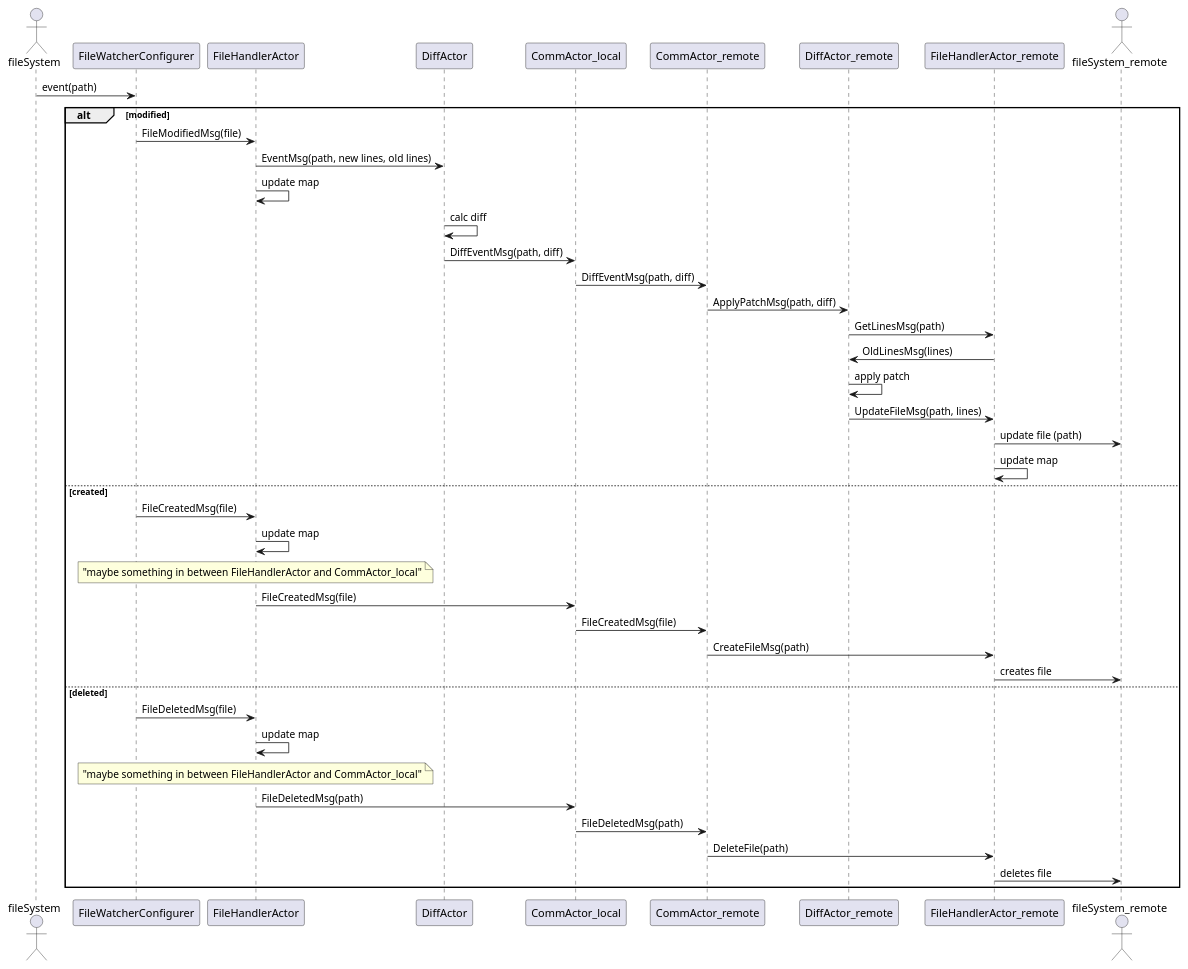
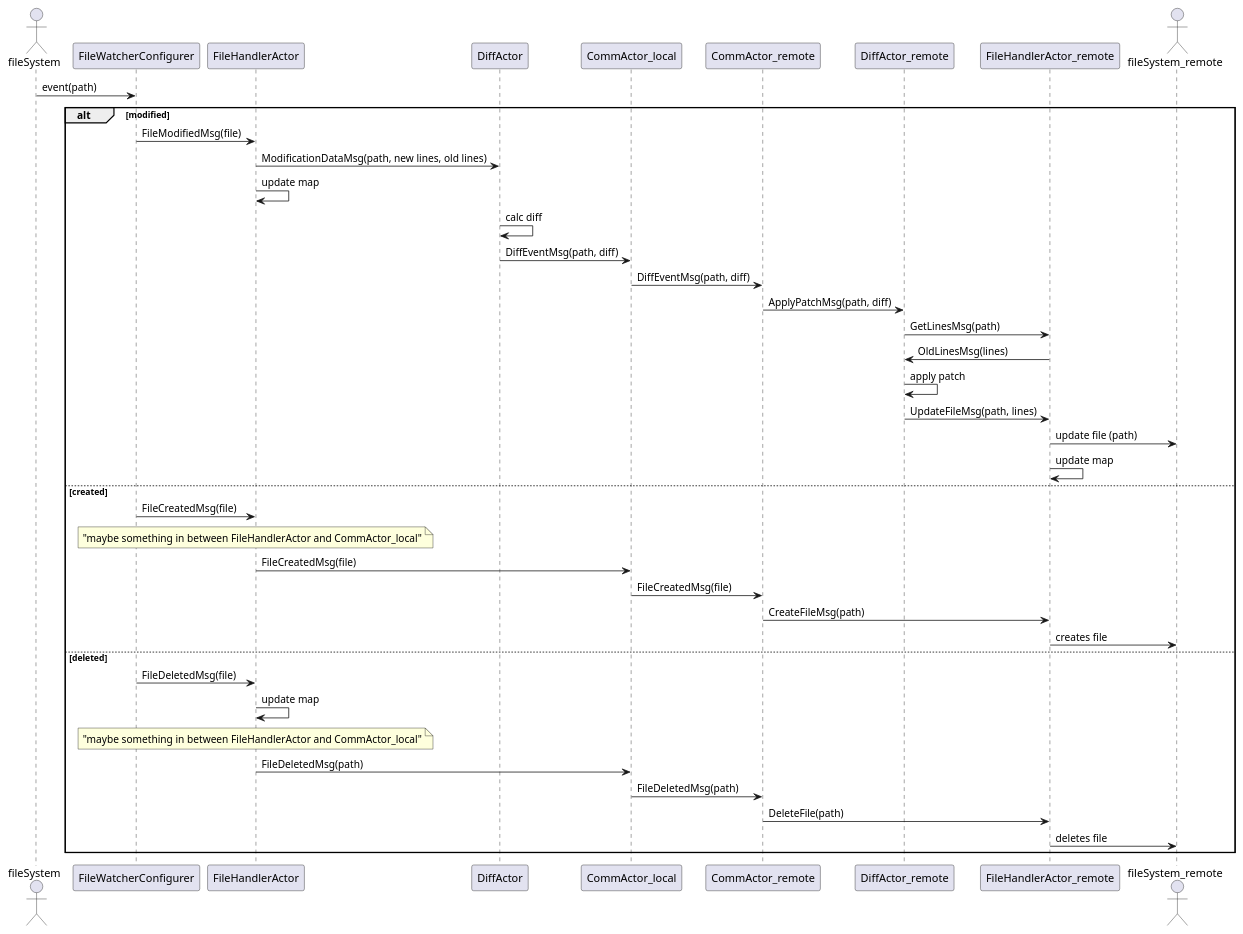
Before and after one commit to Goolue/fileSyncr: the diagram in docs/basicSeq.puml, drawn with PlantUML. The commit also changed 1 other file, not shown here.

Commit message:
updated seq diagram

```diff
--- a/docs/basicSeq.puml
+++ b/docs/basicSeq.puml
@@ -1,57 +1,56 @@
 @startuml
 	
 	actor fileSystem
 	participant FileWatcherConfigurer
 	participant FileHandlerActor
 	participant DiffActor
 	participant CommActor_local
 	participant CommActor_remote
 	participant DiffActor_remote
 	participant FileHandlerActor_remote
 	actor fileSystem_remote
 
 	fileSystem -> FileWatcherConfigurer : event(path)
 	
 	alt modified
 		
 		FileWatcherConfigurer -> FileHandlerActor : FileModifiedMsg(file)
-		FileHandlerActor -> DiffActor : EventMsg(path, new lines, old lines)
+		FileHandlerActor -> DiffActor : ModificationDataMsg(path, new lines, old lines)
 		FileHandlerActor -> FileHandlerActor : update map
 		DiffActor -> DiffActor : calc diff
 		DiffActor -> CommActor_local : DiffEventMsg(path, diff)
 		CommActor_local -> CommActor_remote : DiffEventMsg(path, diff)
 		CommActor_remote -> DiffActor_remote : ApplyPatchMsg(path, diff)
 		DiffActor_remote -> FileHandlerActor_remote : GetLinesMsg(path)
 		FileHandlerActor_remote -> DiffActor_remote : OldLinesMsg(lines)
 		DiffActor_remote -> DiffActor_remote : apply patch
 		DiffActor_remote -> FileHandlerActor_remote : UpdateFileMsg(path, lines)
 		FileHandlerActor_remote -> fileSystem_remote : update file (path)
 		FileHandlerActor_remote -> FileHandlerActor_remote : update map
 
 	else created
 
 		FileWatcherConfigurer -> FileHandlerActor : FileCreatedMsg(file)
-		FileHandlerActor -> FileHandlerActor : update map
 		note over FileHandlerActor 
 			"maybe something in between FileHandlerActor and CommActor_local"
 		endnote
 		FileHandlerActor -> CommActor_local : FileCreatedMsg(file)
 		CommActor_local -> CommActor_remote : FileCreatedMsg(file)
 		CommActor_remote -> FileHandlerActor_remote : CreateFileMsg(path)
 		FileHandlerActor_remote -> fileSystem_remote : creates file
 
 	else deleted
 
 		FileWatcherConfigurer -> FileHandlerActor : FileDeletedMsg(file)
 		FileHandlerActor -> FileHandlerActor : update map
 		note over FileHandlerActor 
 			"maybe something in between FileHandlerActor and CommActor_local"
 		endnote
 		FileHandlerActor -> CommActor_local : FileDeletedMsg(path)
 		CommActor_local -> CommActor_remote : FileDeletedMsg(path)
 		CommActor_remote -> FileHandlerActor_remote : DeleteFile(path)
 		FileHandlerActor_remote -> fileSystem_remote : deletes file
 
 	end
 
 @enduml
```
